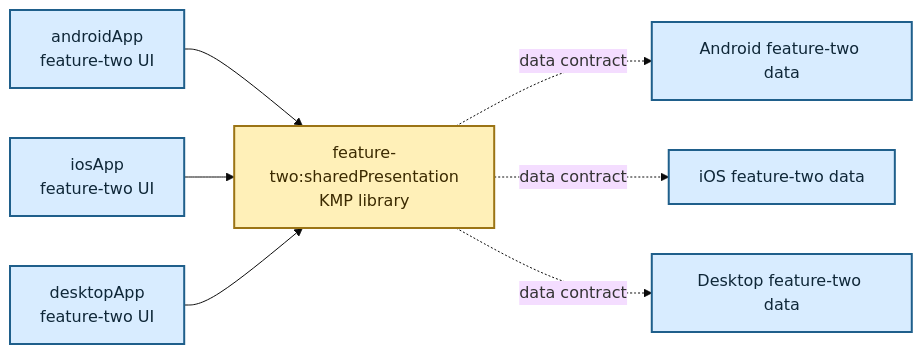
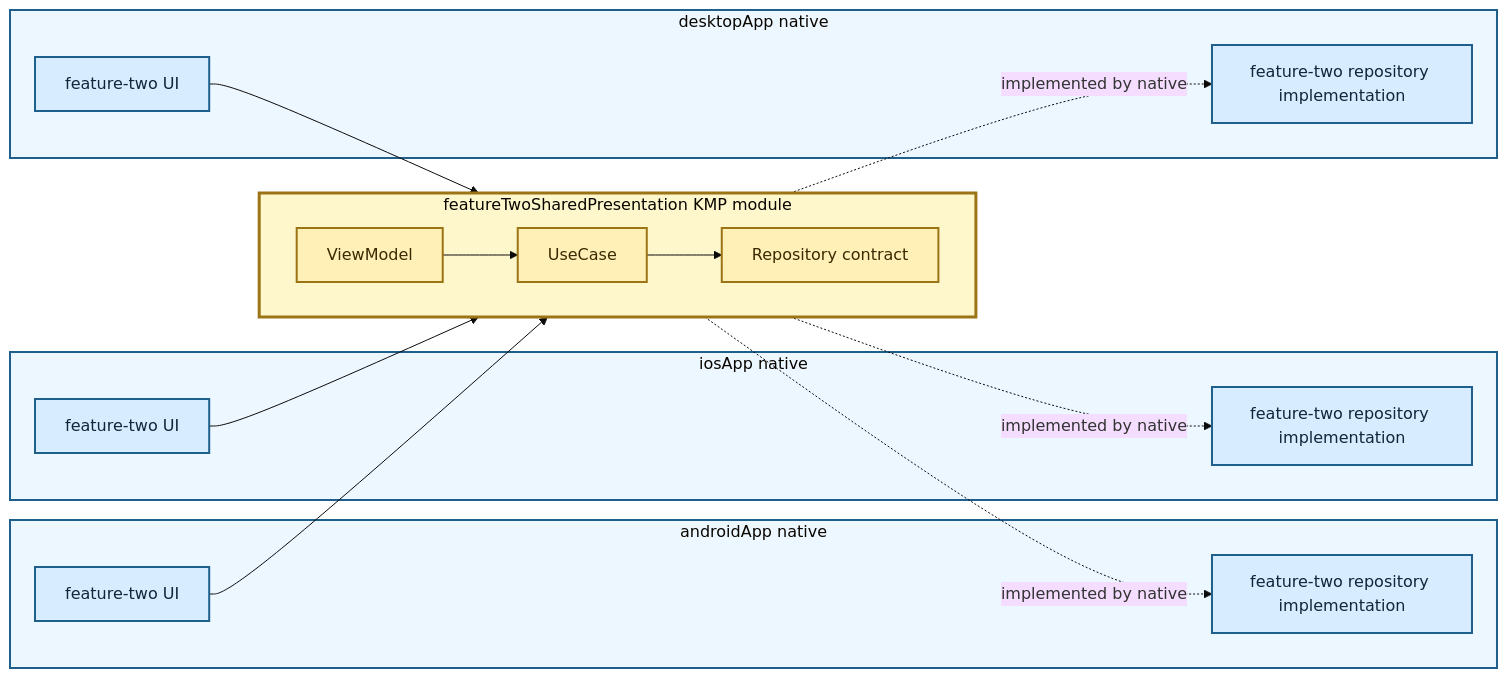
Before and after one commit to TheSetox/kmp-sample-diagrams: the diagram in diagrams/11-modular-kmp-presentation-layer.md, drawn with Mermaid (base theme). The commit also changed other lines of this file and 18 other files, not shown here.

Commit message:
docs: clarify kmp and native diagram boundaries

````diff
--- a/diagrams/11-modular-kmp-presentation-layer.md
+++ b/diagrams/11-modular-kmp-presentation-layer.md
@@ -5,25 +5,41 @@
 ```mermaid
 flowchart LR
-  SharedF2Presentation["feature-two:sharedPresentation\nKMP library"]
+  subgraph Android["androidApp native"]
+    AndroidUI["feature-two UI"]
+    AndroidData["feature-two repository implementation"]
+  end
 
-  AndroidUI["androidApp\nfeature-two UI"]
-  IOSUI["iosApp\nfeature-two UI"]
-  DesktopUI["desktopApp\nfeature-two UI"]
+  subgraph IOS["iosApp native"]
+    IOSUI["feature-two UI"]
+    IOSData["feature-two repository implementation"]
+  end
 
-  AndroidData["Android feature-two data"]
-  IOSData["iOS feature-two data"]
-  DesktopData["Desktop feature-two data"]
+  subgraph Desktop["desktopApp native"]
+    DesktopUI["feature-two UI"]
+    DesktopData["feature-two repository implementation"]
+  end
 
-  AndroidUI --> SharedF2Presentation
-  IOSUI --> SharedF2Presentation
-  DesktopUI --> SharedF2Presentation
+  subgraph KMP["featureTwoSharedPresentation KMP module"]
+    direction LR
+    VM["ViewModel"]
+    UseCase["UseCase"]
+    RepositoryPort["Repository contract"]
+    VM --> UseCase --> RepositoryPort
+  end
 
-  SharedF2Presentation -. "data contract" .-> AndroidData
-  SharedF2Presentation -. "data contract" .-> IOSData
-  SharedF2Presentation -. "data contract" .-> DesktopData
+  AndroidUI --> VM
+  IOSUI --> VM
+  DesktopUI --> VM
+  RepositoryPort -. "implemented by native" .-> AndroidData
+  RepositoryPort -. "implemented by native" .-> IOSData
+  RepositoryPort -. "implemented by native" .-> DesktopData
 
   classDef app fill:#d8ecff,stroke:#1f5f8b,color:#0f2738,stroke-width:2px;
-  classDef shared fill:#fff0b8,stroke:#9b7415,color:#3b2a00,stroke-width:2px;
+  classDef kmp fill:#fff0b8,stroke:#9b7415,color:#3b2a00,stroke-width:2px;
   class AndroidUI,IOSUI,DesktopUI,AndroidData,IOSData,DesktopData app;
-  class SharedF2Presentation shared;
+  class VM,UseCase,RepositoryPort kmp;
+  style Android fill:#edf7ff,stroke:#1f5f8b,stroke-width:2px
+  style IOS fill:#edf7ff,stroke:#1f5f8b,stroke-width:2px
+  style Desktop fill:#edf7ff,stroke:#1f5f8b,stroke-width:2px
+  style KMP fill:#fff7cc,stroke:#9b7415,stroke-width:3px
 ```
````
